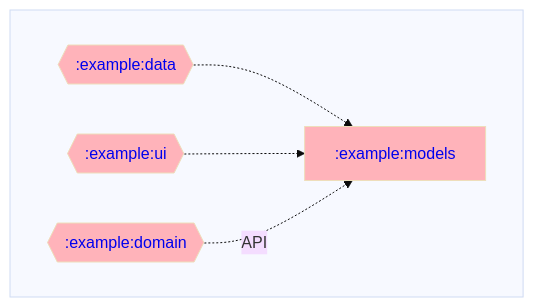
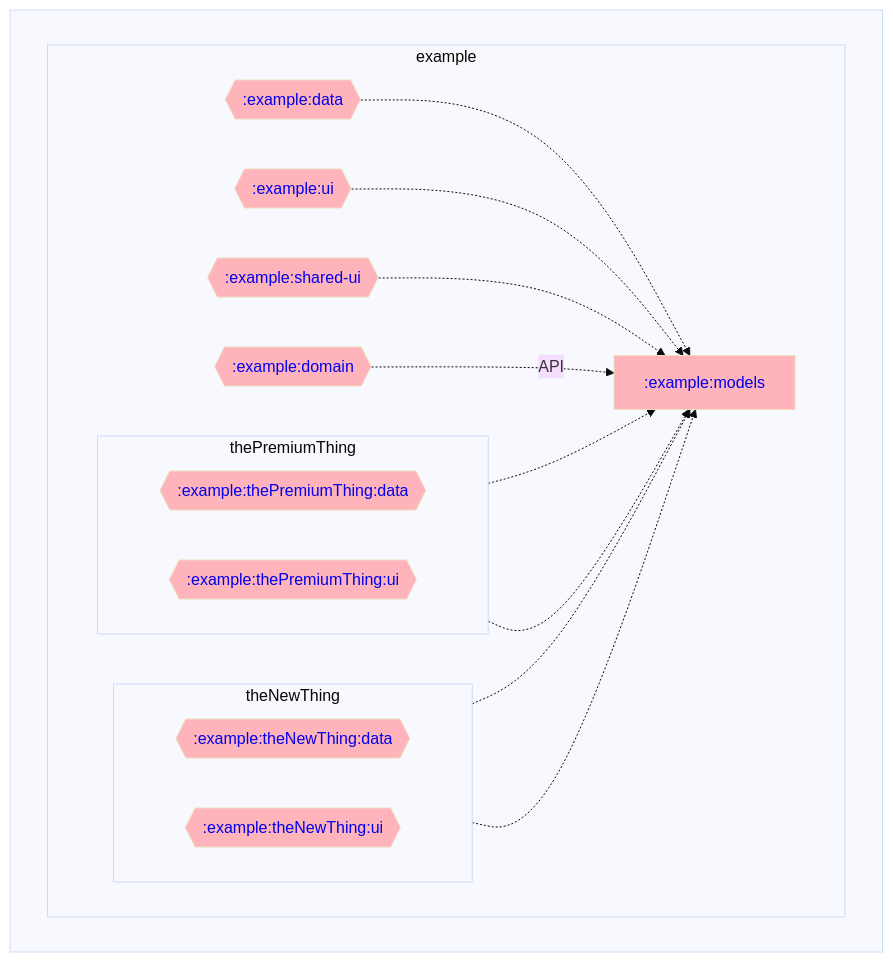
One commit to adityabhaskar/Gradle-dependency-graphs changed the diagram in example/models/dependencyGraph.md. Above: the diagram before and after it, drawn with Mermaid. The commit also changed 15 other files, not shown here.

Commit message:
Updated dependency graphs

````diff
--- a/example/models/dependencyGraph.md
+++ b/example/models/dependencyGraph.md
@@ -1,26 +1,47 @@
 ```mermaid
 %%{ init: { 'theme': 'base' } }%%
 graph LR;
 
 %% Styling for module nodes by type
 classDef rootNode stroke-width:4px;
 classDef mppNode fill:#ffd2b3,color:#333333;
 classDef andNode fill:#baffc9,color:#333333;
 classDef javaNode fill:#ffb3ba,color:#333333;
 
 %% Modules
 subgraph  
   direction LR;
-  :example:data{{<a href='https://github.com/adityabhaskar/Gradle-dependency-graphs/blob/main/example/data/dependencyGraph.md' style='text-decoration:auto'>:example:data</a>}}:::javaNode;
-  :example:domain{{<a href='https://github.com/adityabhaskar/Gradle-dependency-graphs/blob/main/example/domain/dependencyGraph.md' style='text-decoration:auto'>:example:domain</a>}}:::javaNode;
-  :example:models[<a href='https://github.com/adityabhaskar/Gradle-dependency-graphs/blob/main/example/models/dependencyGraph.md' style='text-decoration:auto'>:example:models</a>]:::javaNode;
-  :example:ui{{<a href='https://github.com/adityabhaskar/Gradle-dependency-graphs/blob/main/example/ui/dependencyGraph.md' style='text-decoration:auto'>:example:ui</a>}}:::javaNode;
+
+  subgraph example
+    direction LR;
+    :example:data{{<a href='https://github.com/adityabhaskar/Gradle-dependency-graphs/blob/main/example/data/dependencyGraph.md' style='text-decoration:auto'>:example:data</a>}}:::javaNode;
+    :example:domain{{<a href='https://github.com/adityabhaskar/Gradle-dependency-graphs/blob/main/example/domain/dependencyGraph.md' style='text-decoration:auto'>:example:domain</a>}}:::javaNode;
+    :example:models[<a href='https://github.com/adityabhaskar/Gradle-dependency-graphs/blob/main/example/models/dependencyGraph.md' style='text-decoration:auto'>:example:models</a>]:::javaNode;
+    :example:shared-ui{{<a href='https://github.com/adityabhaskar/Gradle-dependency-graphs/blob/main/example/shared-ui/dependencyGraph.md' style='text-decoration:auto'>:example:shared-ui</a>}}:::javaNode;
+    :example:ui{{<a href='https://github.com/adityabhaskar/Gradle-dependency-graphs/blob/main/example/ui/dependencyGraph.md' style='text-decoration:auto'>:example:ui</a>}}:::javaNode;
+    subgraph theNewThing
+      direction LR;
+      :example:theNewThing:data{{<a href='https://github.com/adityabhaskar/Gradle-dependency-graphs/blob/main/example/theNewThing/data/dependencyGraph.md' style='text-decoration:auto'>:example:theNewThing:data</a>}}:::javaNode;
+      :example:theNewThing:ui{{<a href='https://github.com/adityabhaskar/Gradle-dependency-graphs/blob/main/example/theNewThing/ui/dependencyGraph.md' style='text-decoration:auto'>:example:theNewThing:ui</a>}}:::javaNode;
+    end
+
+    subgraph thePremiumThing
+      direction LR;
+      :example:thePremiumThing:data{{<a href='https://github.com/adityabhaskar/Gradle-dependency-graphs/blob/main/example/thePremiumThing/data/dependencyGraph.md' style='text-decoration:auto'>:example:thePremiumThing:data</a>}}:::javaNode;
+      :example:thePremiumThing:ui{{<a href='https://github.com/adityabhaskar/Gradle-dependency-graphs/blob/main/example/thePremiumThing/ui/dependencyGraph.md' style='text-decoration:auto'>:example:thePremiumThing:ui</a>}}:::javaNode;
+    end
+  end
 end
 
 %% Dependencies
 
 %% Dependents
 :example:data-.->:example:models
 :example:ui-.->:example:models
+:example:shared-ui-.->:example:models
 :example:domain-.API.->:example:models
+:example:theNewThing:data-.->:example:models
+:example:theNewThing:ui-.->:example:models
+:example:thePremiumThing:data-.->:example:models
+:example:thePremiumThing:ui-.->:example:models
 ```
````
